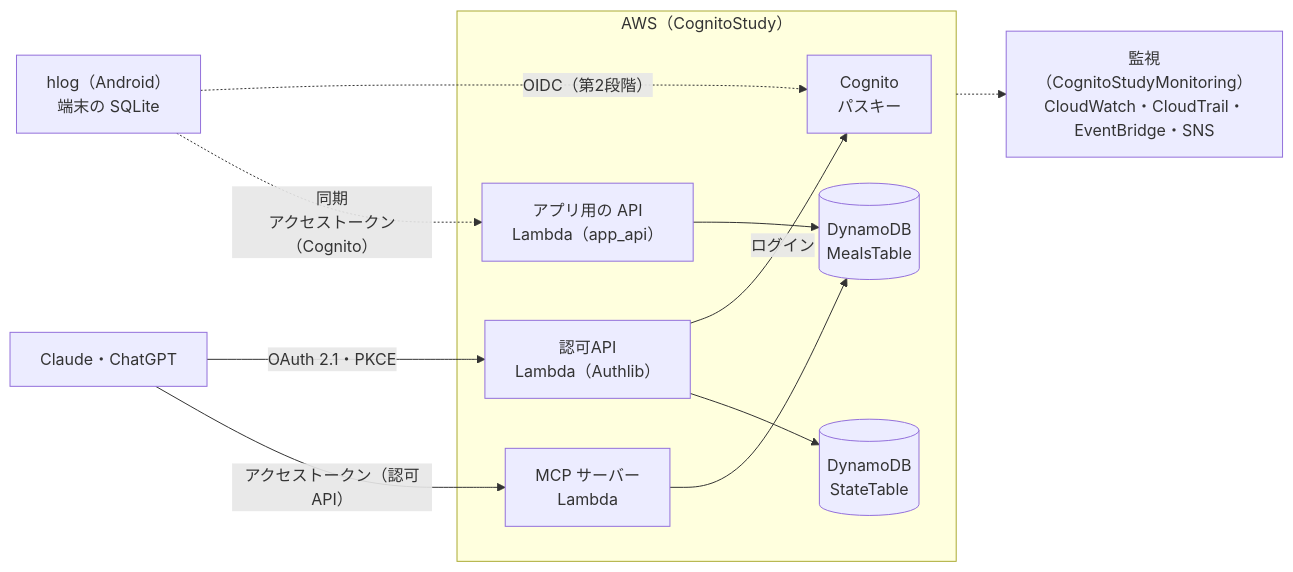
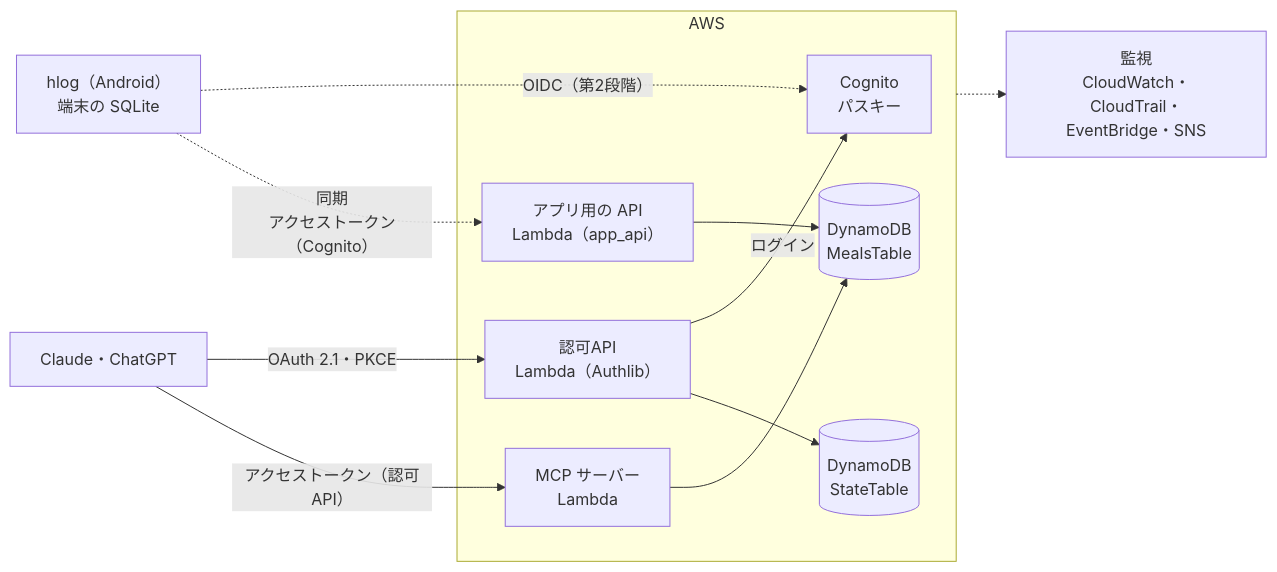
One commit to ykitaza/health-log changed the diagram in README.md. Above: the diagram before and after it, drawn with Mermaid. The commit also changed other lines of this file, not shown here.

````diff
--- a/README.md
+++ b/README.md
@@ -24,24 +24,24 @@
 ```mermaid
 flowchart LR
   app["hlog（Android）<br>端末の SQLite"]
   chat["Claude・ChatGPT"]
-  subgraph aws["AWS（CognitoStudy）"]
+  subgraph aws["AWS"]
     cognito["Cognito<br>パスキー"]
     authz["認可API<br>Lambda（Authlib）"]
     mcp["MCP サーバー<br>Lambda"]
     appapi["アプリ用の API<br>Lambda（app_api）"]
     meals[("DynamoDB<br>MealsTable")]
     state[("DynamoDB<br>StateTable")]
   end
-  mon["監視（CognitoStudyMonitoring）<br>CloudWatch・CloudTrail・EventBridge・SNS"]
+  mon["監視<br>CloudWatch・CloudTrail・EventBridge・SNS"]
 
   chat -- "OAuth 2.1・PKCE" --> authz
   authz -- ログイン --> cognito
   authz --> state
   chat -- "アクセストークン（認可API）" --> mcp
   app -. "OIDC（第2段階）" .-> cognito
   app -. "同期<br>アクセストークン（Cognito）" .-> appapi
   mcp --> meals
   appapi --> meals
   aws -.-> mon
 ```
````
